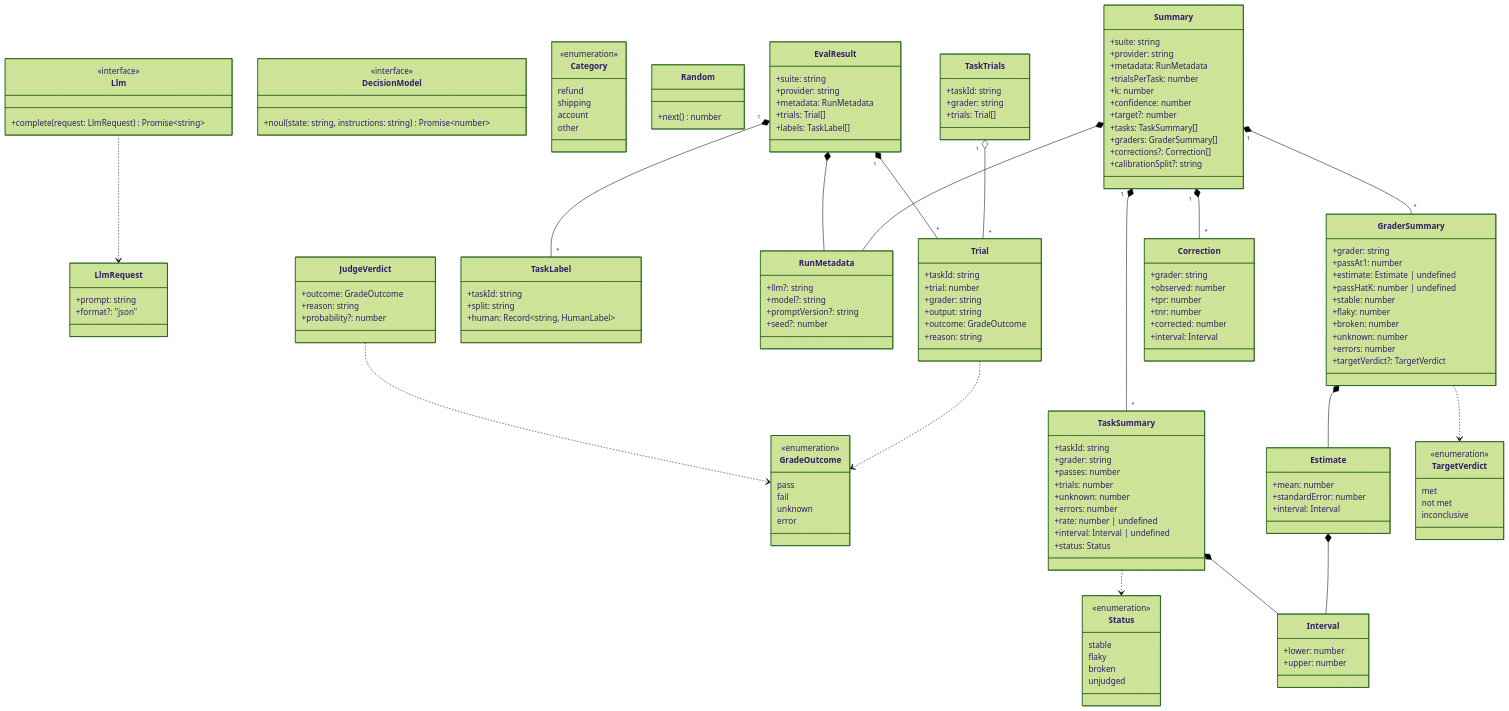
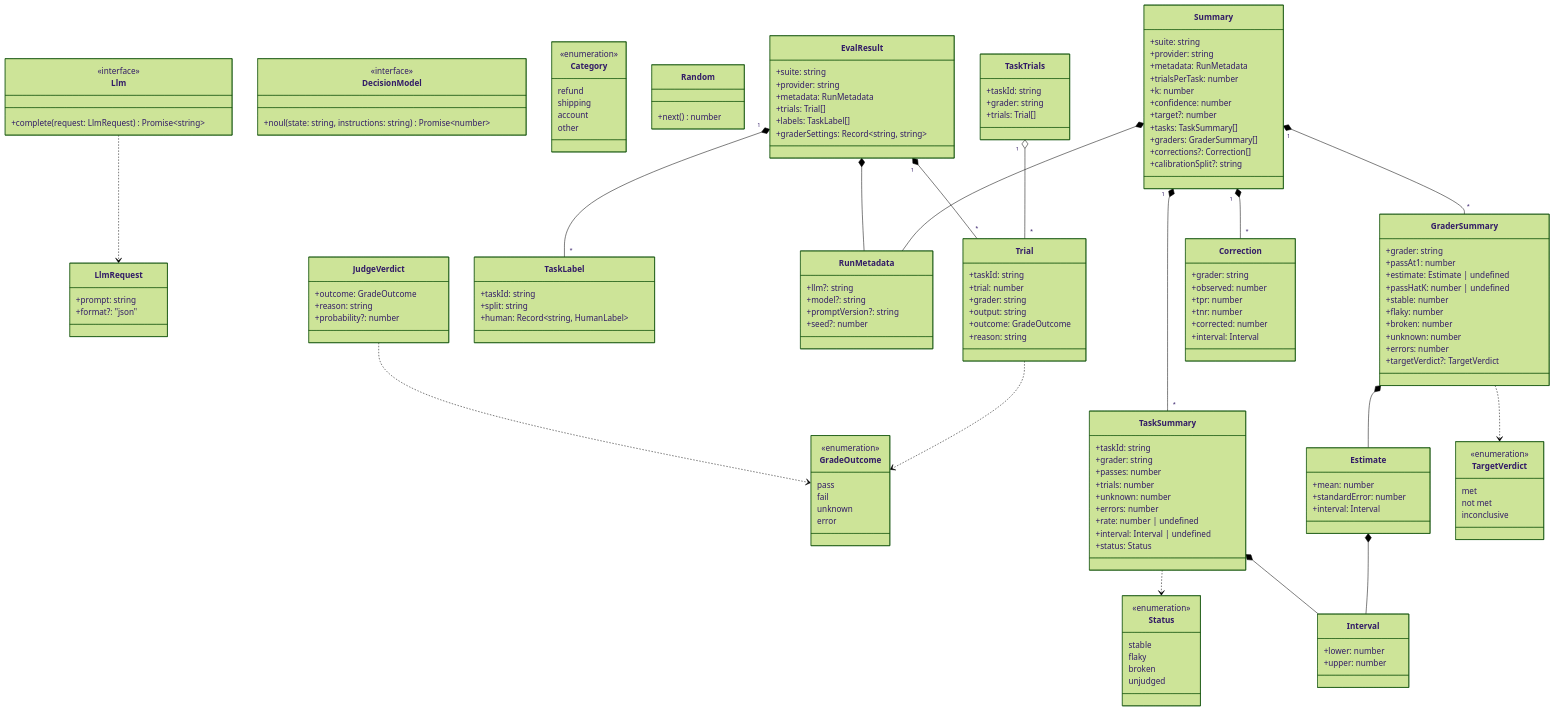
The first of 3 diagrams in iterations/iteration-5/solution/design/types.md (enunun/llm-evaluation-handson), drawn with Mermaid (forest theme) before and after one commit. The commit also changed other lines of this file and 17 other files, not shown here.

```diff
--- a/iterations/iteration-5/solution/design/types.md
+++ b/iterations/iteration-5/solution/design/types.md
@@ -47,6 +47,7 @@
     +metadata: RunMetadata
     +trials: Trial[]
     +labels: TaskLabel[]
+    +graderSettings: Record~string, string~
   }
   class TaskLabel {
     +taskId: string
```
